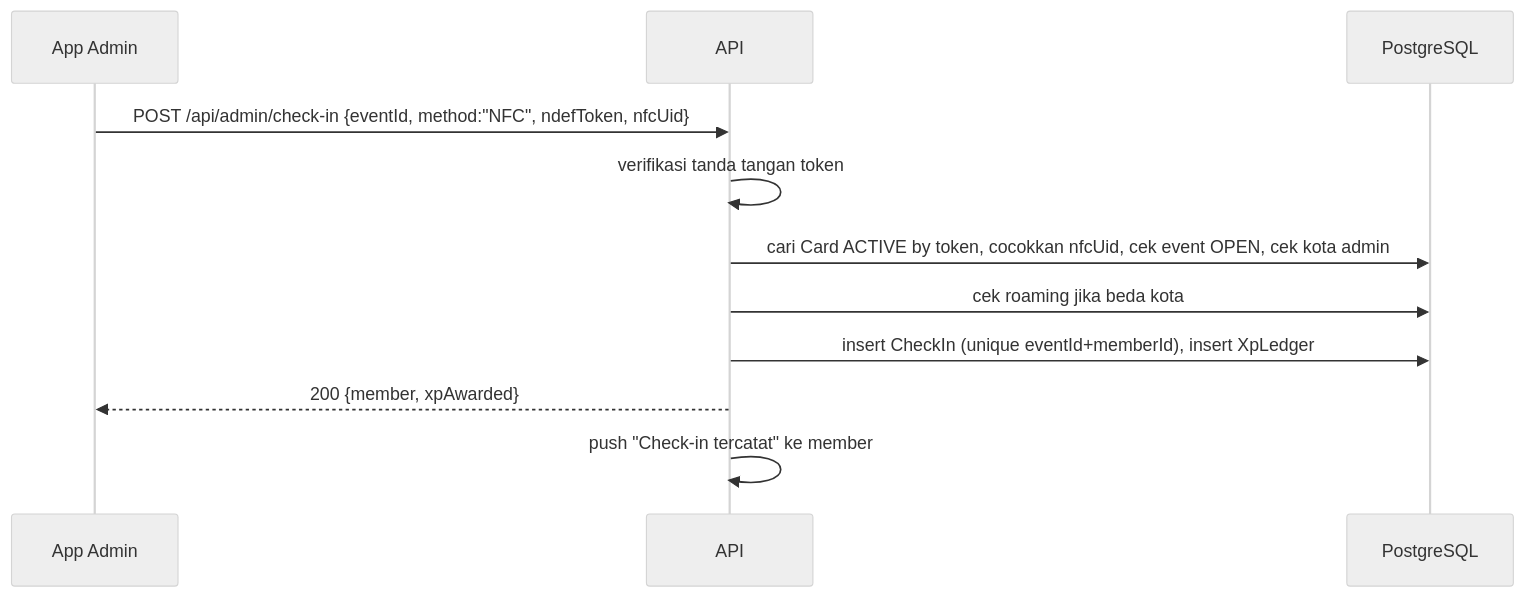
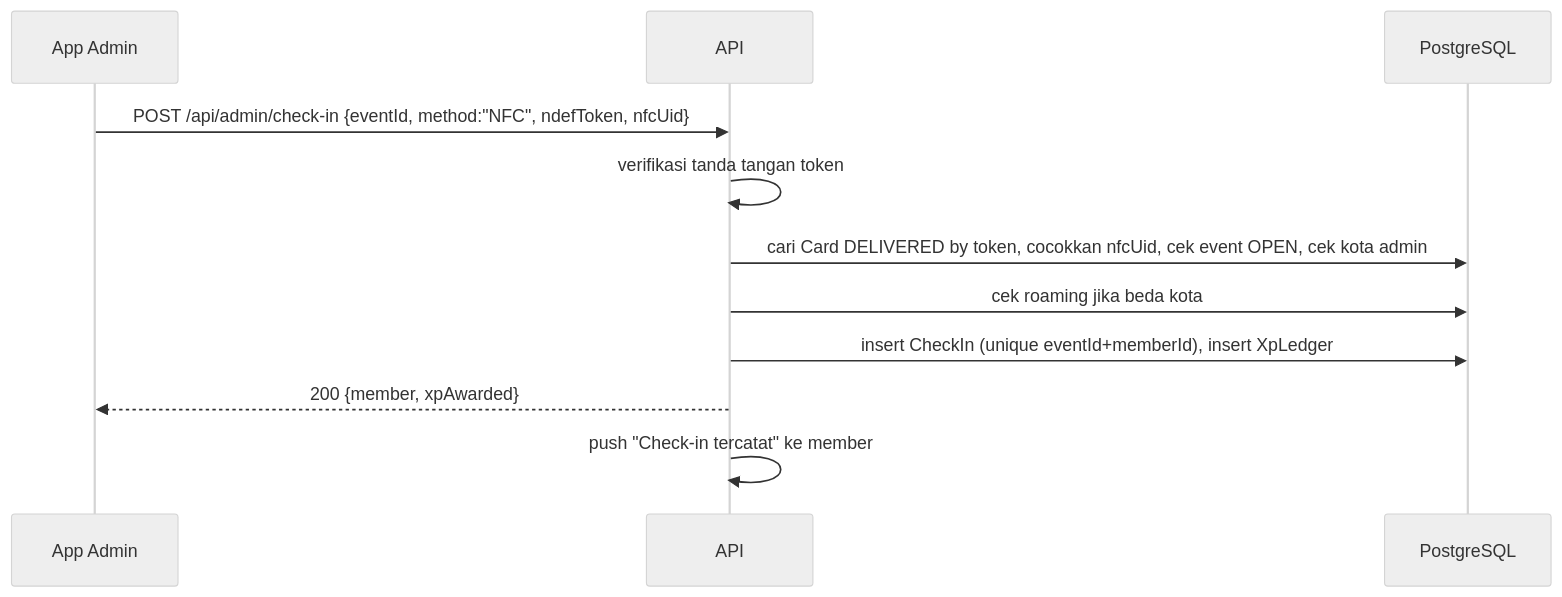
One commit to berlinlmaoo/pats-univ changed the second of 3 diagrams in docs/PLAN.md. Above: the diagram before and after it, drawn with Mermaid (neutral theme). The commit also changed other lines of this file and 1 other file, not shown here.

Commit message:
docs: card printing via vendor, print-first then encode, printed card = name + NIM + QR

````diff
--- a/docs/PLAN.md
+++ b/docs/PLAN.md
@@ -102,13 +102,13 @@
 ```mermaid
 sequenceDiagram
   participant A as App Admin
   participant S as API
   participant DB as PostgreSQL
   A->>S: POST /api/admin/check-in {eventId, method:"NFC", ndefToken, nfcUid}
   S->>S: verifikasi tanda tangan token
-  S->>DB: cari Card ACTIVE by token, cocokkan nfcUid, cek event OPEN, cek kota admin
+  S->>DB: cari Card DELIVERED by token, cocokkan nfcUid, cek event OPEN, cek kota admin
   S->>DB: cek roaming jika beda kota
   S->>DB: insert CheckIn (unique eventId+memberId), insert XpLedger
   S-->>A: 200 {member, xpAwarded}
   S->>S: push "Check-in tercatat" ke member
 ```
````
